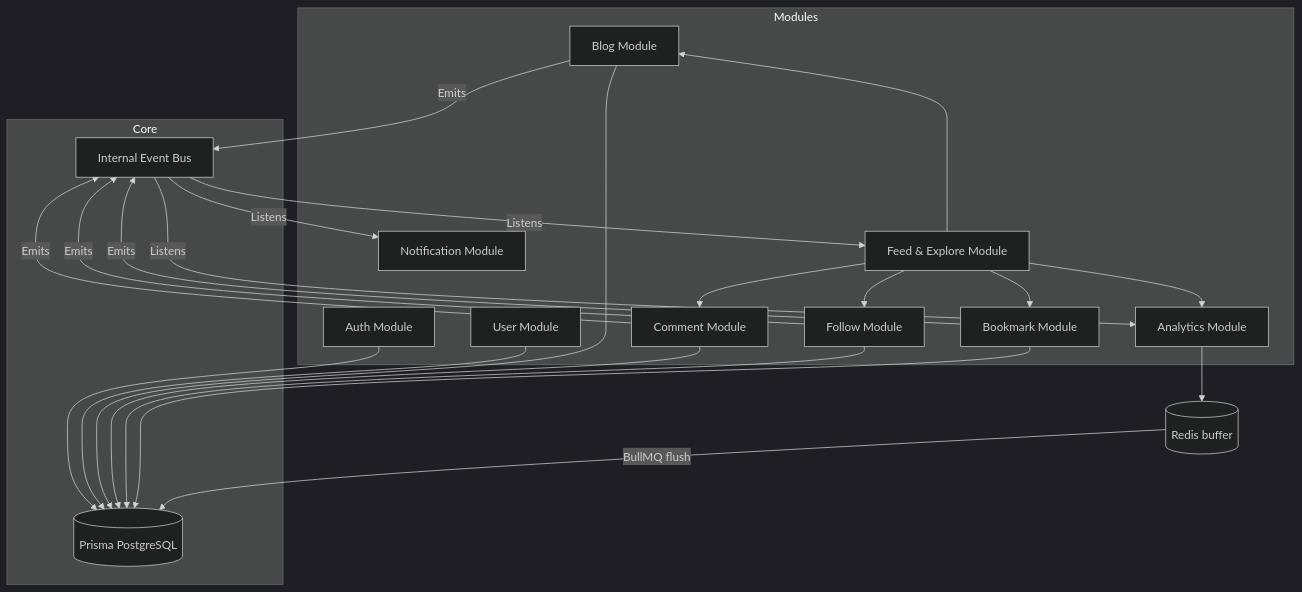
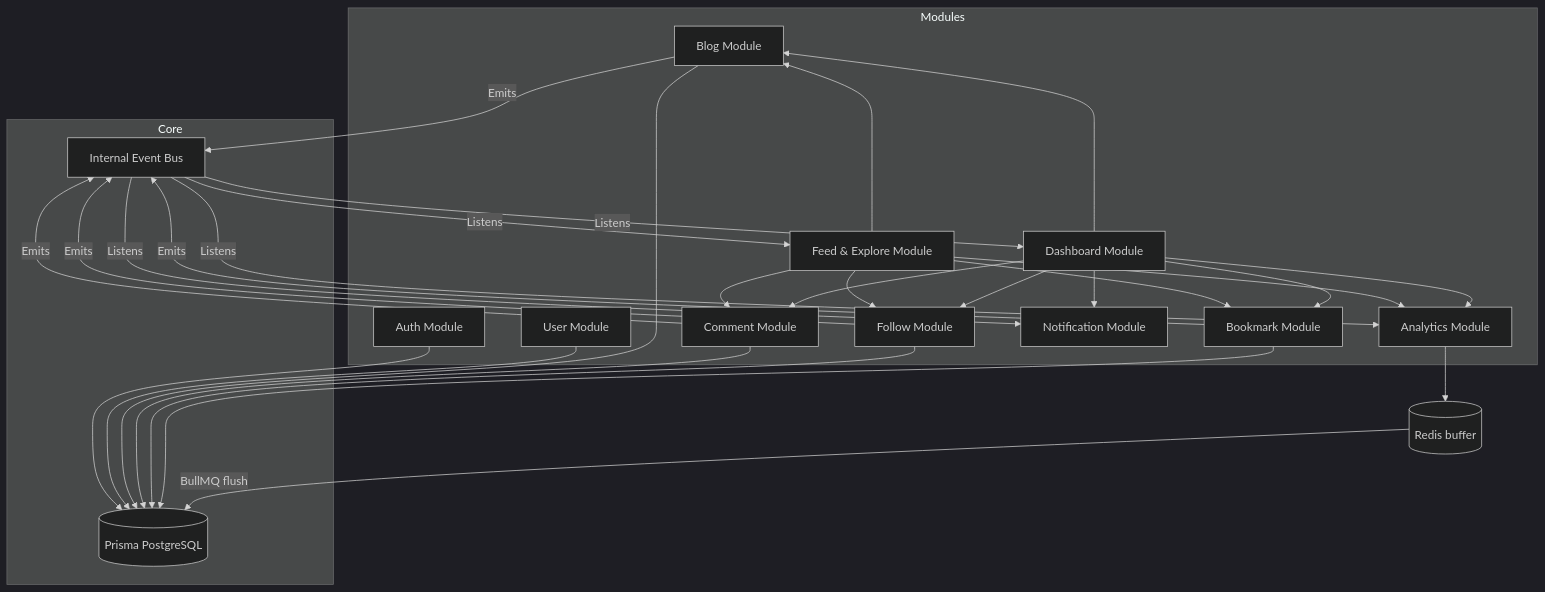
Before and after one commit to samman-varshney/Narrative: the sixth of 7 diagrams in docs/ARCHITECTURE.md, drawn with Mermaid (dark theme). The commit also changed other lines of this file and 35 other files, not shown here.

Commit message:
completed dashboard module

````diff
--- a/docs/ARCHITECTURE.md
+++ b/docs/ARCHITECTURE.md
@@ -379,47 +421,59 @@
 ```mermaid
 graph TD
     subgraph Modules
         Auth[Auth Module]
         User[User Module]
         Blog[Blog Module]
         Comment[Comment Module]
         Follow[Follow Module]
         Bookmark[Bookmark Module]
         Notif[Notification Module]
         Analyt[Analytics Module]
         Feed[Feed & Explore Module]
+        Dash[Dashboard Module]
     end
     
     subgraph Core
         EventBus[Internal Event Bus]
         DB[(Prisma PostgreSQL)]
     end
     
     Auth --> DB
     User --> DB
     Blog --> DB
     Comment --> DB
     Follow --> DB
     
     Bookmark --> DB
 
     Blog -- Emits --> EventBus
     Comment -- Emits --> EventBus
     Follow -- Emits --> EventBus
     Bookmark -- Emits --> EventBus
 
     EventBus -- Listens --> Notif
     EventBus -- Listens --> Analyt
     EventBus -- Listens --> Feed
+    EventBus -- Listens --> Dash
 
     %% Feed is a leaf: it composes sibling SERVICES and nothing depends on it,
     %% so no cycle (Blog -> Feed -> Blog) can form.
     Feed --> Blog
     Feed --> Follow
     Feed --> Analyt
     Feed --> Comment
     Feed --> Bookmark
 
+    %% Dashboard is the other leaf, and the stricter one: it reaches no database
+    %% at all. Every arrow below is a call to a sibling SERVICE, and nothing
+    %% depends on Dashboard — so Dashboard -> Analytics -> Dashboard cannot form.
+    Dash --> Analyt
+    Dash --> Blog
+    Dash --> Follow
+    Dash --> Bookmark
+    Dash --> Comment
+    Dash --> Notif
+
     Analyt --> Redis[(Redis buffer)]
     Redis -- BullMQ flush --> DB
 ```
````
